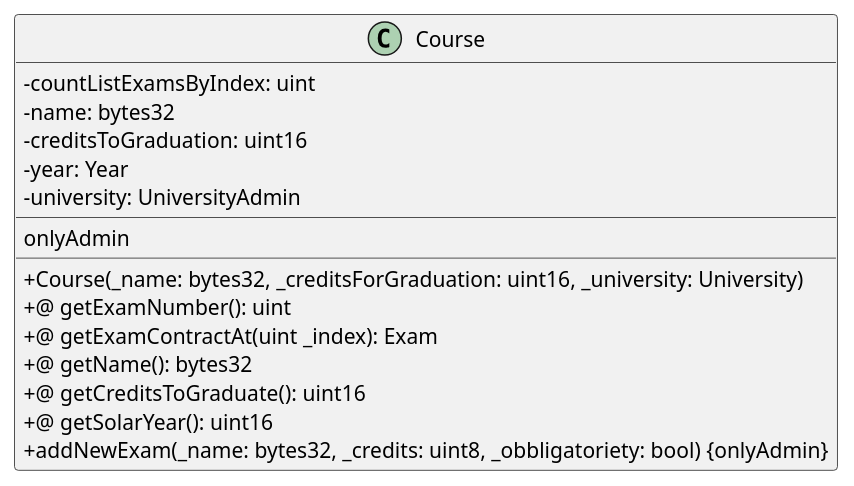
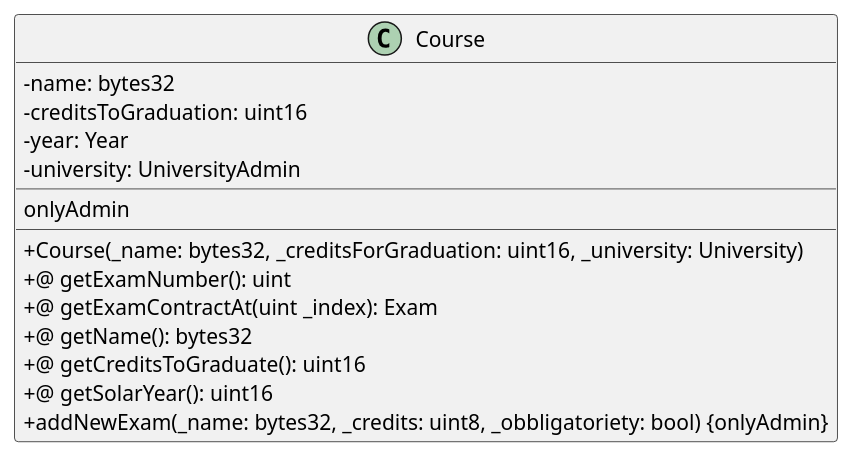
Before and after one commit to M9k/Marvin-Uml: the diagram in Solidity/Contracts/Course.iuml, drawn with PlantUML. The commit also changed 7 other files, not shown here.

```diff
--- a/Solidity/Contracts/Course.iuml
+++ b/Solidity/Contracts/Course.iuml
@@ -1,20 +1,19 @@
 @startuml
 skinparam classAttributeIconSize 0
 class Course{
-- countListExamsByIndex: uint
 - name: bytes32
 - creditsToGraduation: uint16
 - year: Year
 - university: UniversityAdmin
 __
 onlyAdmin
 __
 + Course(_name: bytes32, _creditsForGraduation: uint16, _university: University)
 +@ getExamNumber(): uint
 +@ getExamContractAt(uint _index): Exam
 +@ getName(): bytes32
 +@ getCreditsToGraduate(): uint16
 +@ getSolarYear(): uint16
 + addNewExam(_name: bytes32, _credits: uint8, _obbligatoriety: bool) {onlyAdmin}
 }
 @enduml
```
